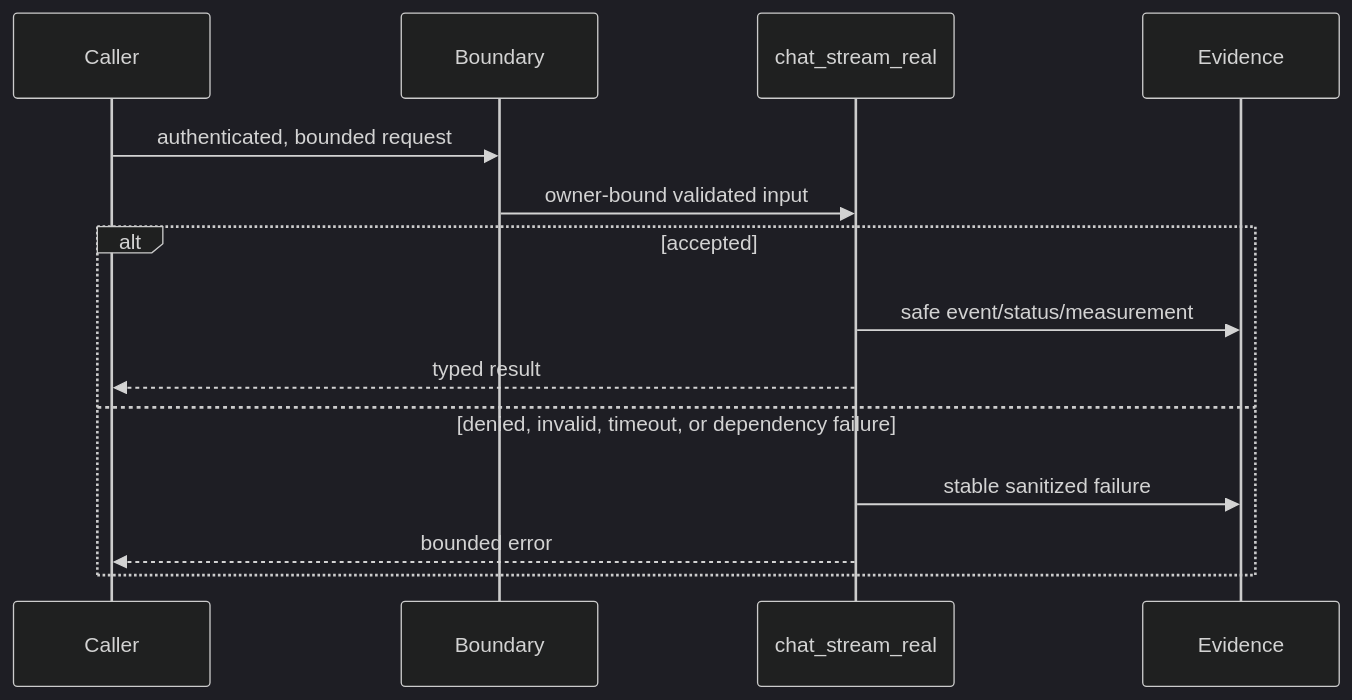
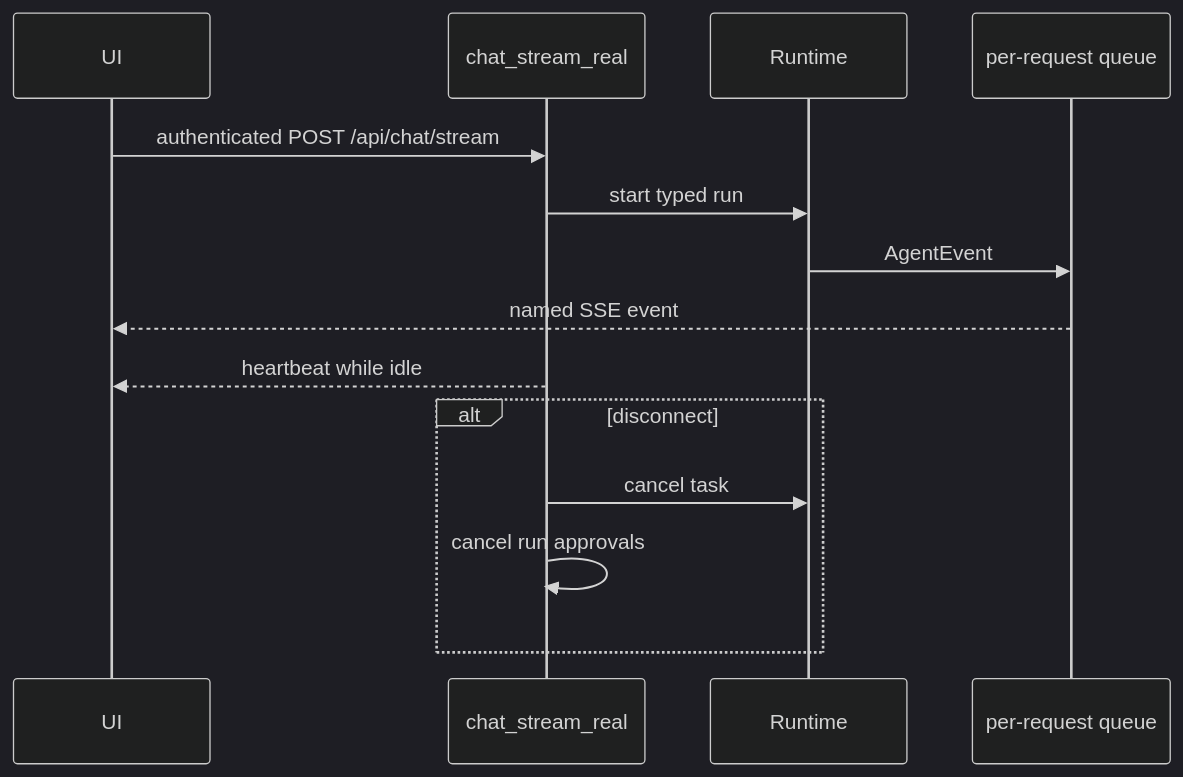
The diagram in docs/course/concepts/sse.md (levalencia/archon), drawn with Mermaid (dark theme) before and after one commit. The commit also changed other lines of this file and 22 other files, not shown here.

Commit message:
docs: correct advanced course architecture and claims

````diff
--- a/docs/course/concepts/sse.md
+++ b/docs/course/concepts/sse.md
@@ -71,16 +12,16 @@
 ```mermaid
 sequenceDiagram
-  participant Caller
-  participant Boundary
-  participant Core as chat_stream_real
-  participant Evidence
-  Caller->>Boundary: authenticated, bounded request
-  Boundary->>Core: owner-bound validated input
-  alt accepted
-    Core->>Evidence: safe event/status/measurement
-    Core-->>Caller: typed result
-  else denied, invalid, timeout, or dependency failure
-    Core->>Evidence: stable sanitized failure
-    Core-->>Caller: bounded error
+  participant UI
+  participant Stream as chat_stream_real
+  participant Runtime
+  participant Queue as per-request queue
+  UI->>Stream: authenticated POST /api/chat/stream
+  Stream->>Runtime: start typed run
+  Runtime->>Queue: AgentEvent
+  Queue-->>UI: named SSE event
+  Stream-->>UI: heartbeat while idle
+  alt disconnect
+    Stream->>Runtime: cancel task
+    Stream->>Stream: cancel run approvals
   end
 ```
````
